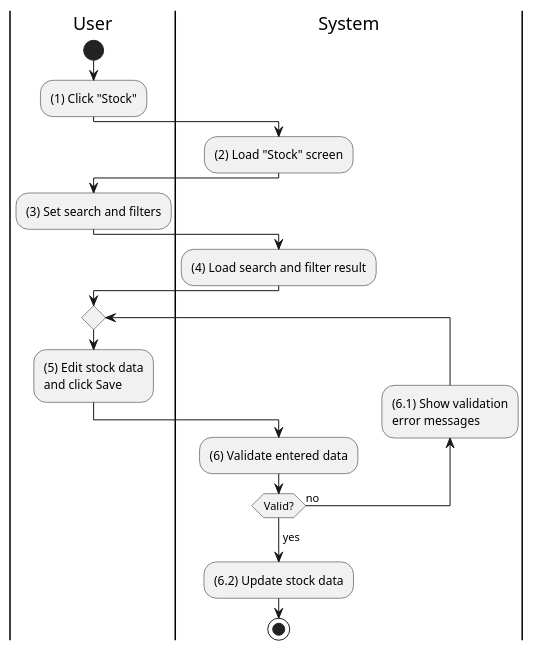
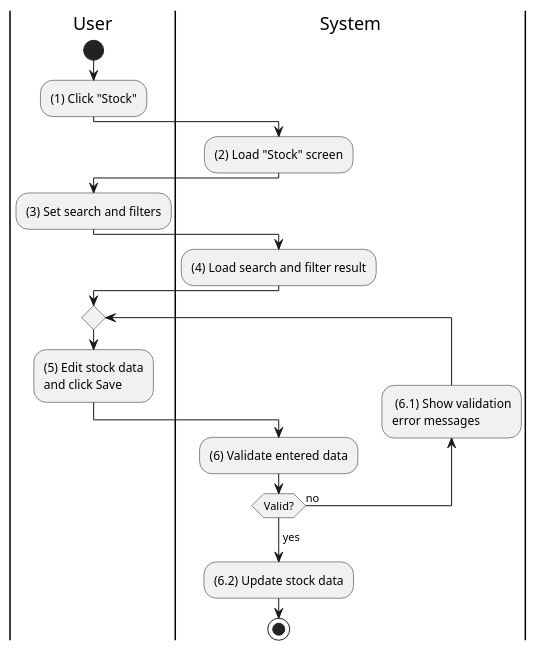
The diagram in activities/inventory-stock-manage.plantuml (phihungha/scmss-reqs), drawn with PlantUML before and after one commit. The commit also changed 10 other files, not shown here.

```diff
--- a/activities/inventory-stock-manage.plantuml
+++ b/activities/inventory-stock-manage.plantuml
@@ -1,30 +1,29 @@
 @startuml inventory-stock-manage
 |u|User
 |s|System
 
 |u|
 start
 :(1) Click "Stock";
 
 |s|
 :(2) Load "Stock" screen;
 
 |u|
 :(3) Set search and filters;
 
 |s|
 :(4) Load search and filter result;
 
 |u|
 repeat
     :(5) Edit stock data\nand click Save;
 
     |s|
     :(6) Validate entered data;
-    backward:(6.1) Show validation
-    error messages;
+    backward: (6.1) Show validation\nerror messages;
 repeat while (Valid?) is (no)
 ->yes;
 :(6.2) Update stock data;
 stop
 @enduml
```
